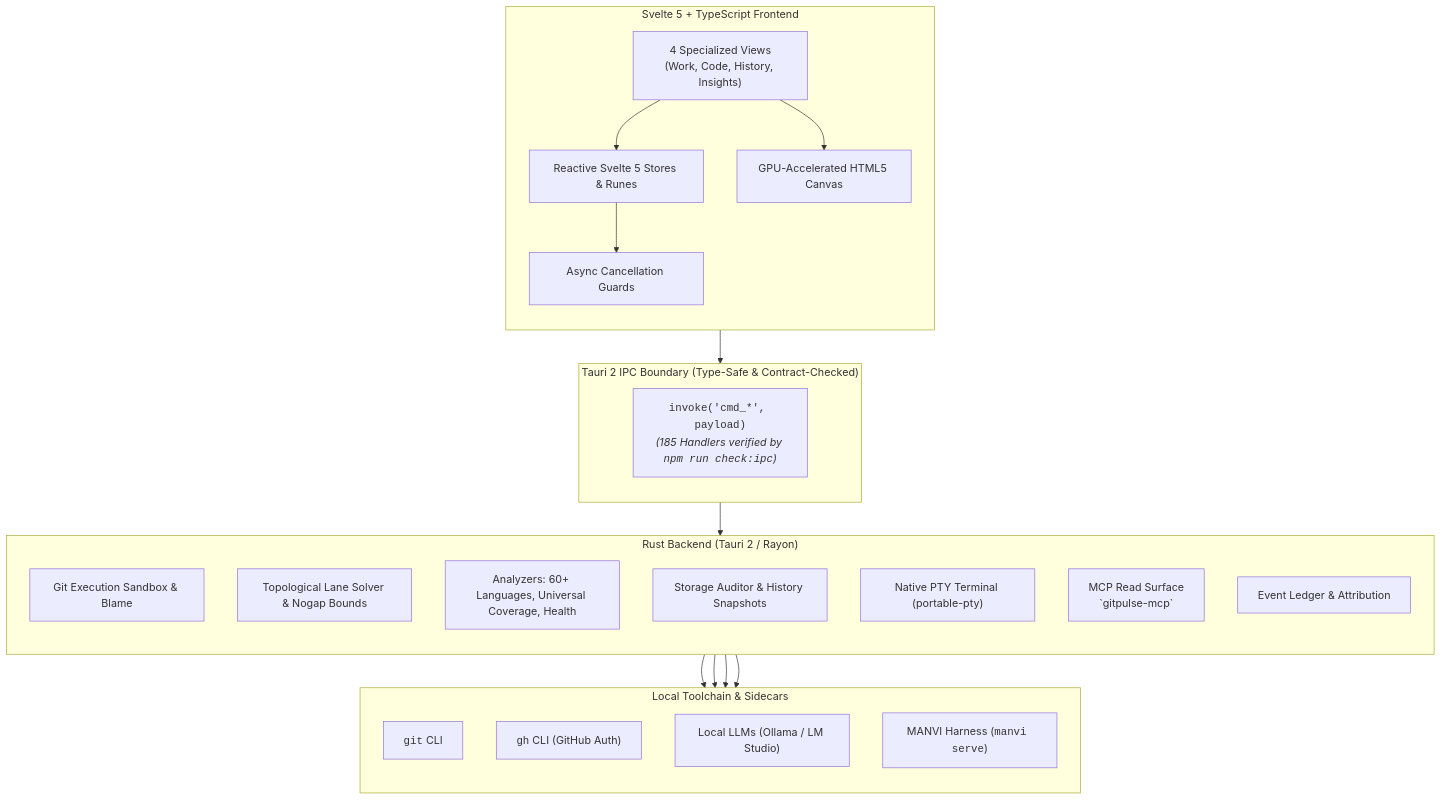
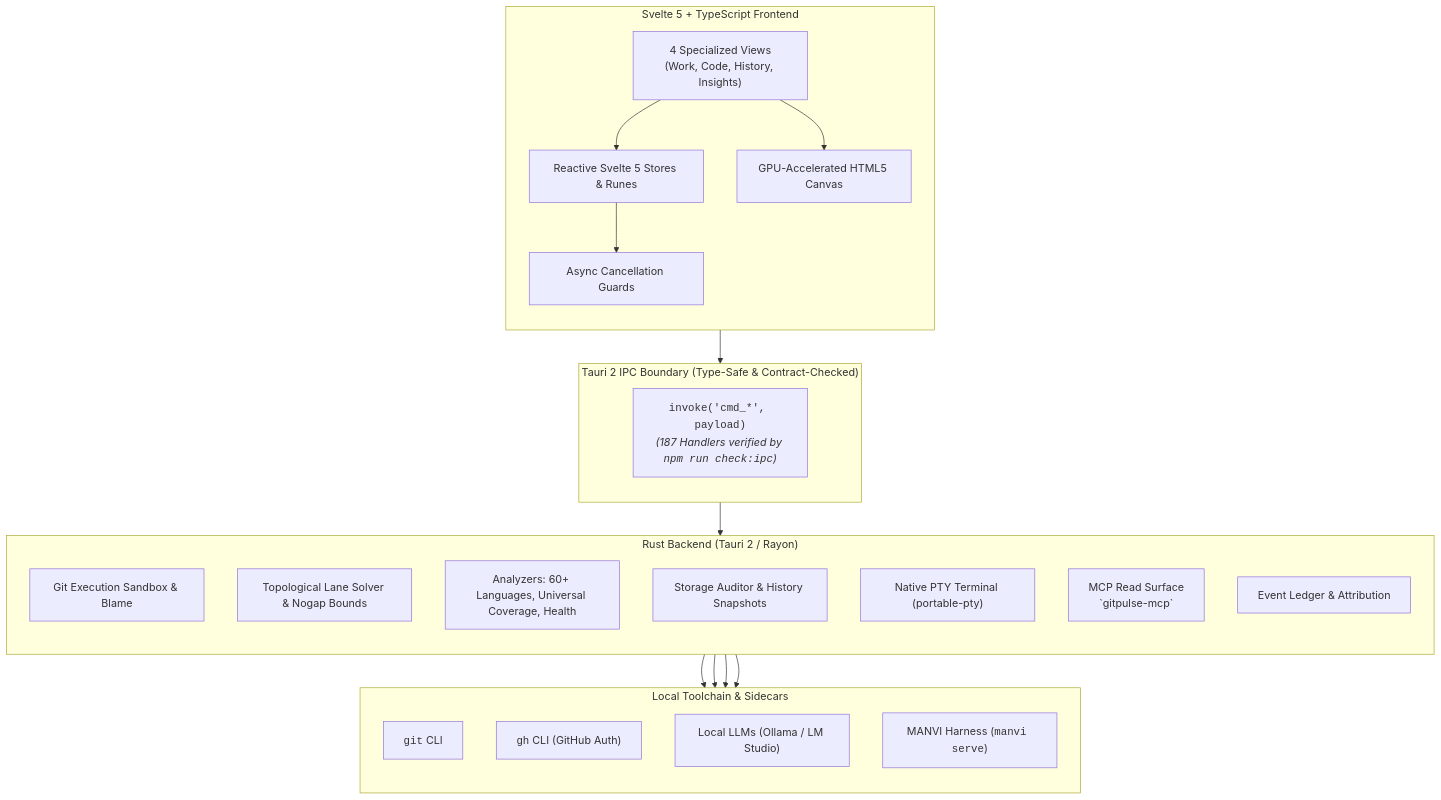
Before and after one commit to bharathvbcr/GitPulse: the first of 4 diagrams in README.md, drawn with Mermaid. The commit also changed other lines of this file and 179 other files, not shown here.

````diff
--- a/README.md
+++ b/README.md
@@ -43,45 +43,45 @@
 ```mermaid
 flowchart TB
     subgraph Frontend["Svelte 5 + TypeScript Frontend"]
         direction TB
         Views["4 Specialized Views<br/>(Work, Code, History, Insights)"]
         Stores["Reactive Svelte 5 Stores & Runes"]
         CanvasEngine["GPU-Accelerated HTML5 Canvas"]
         AsyncGuards["Async Cancellation Guards"]
         
         Views --> Stores
         Views --> CanvasEngine
         Stores --> AsyncGuards
     end
 
     subgraph IPC["Tauri 2 IPC Boundary (Type-Safe & Contract-Checked)"]
         direction TB
-        IPCBridge["<code>invoke('cmd_*', payload)</code><br/><i>(185 Handlers verified by <code>npm run check:ipc</code>)</i>"]
+        IPCBridge["<code>invoke('cmd_*', payload)</code><br/><i>(187 Handlers verified by <code>npm run check:ipc</code>)</i>"]
     end
 
     subgraph Backend["Rust Backend (Tauri 2 / Rayon)"]
         direction TB
         GitSandbox["Git Execution Sandbox & Blame"]
         GraphSolver["Topological Lane Solver & Nogap Bounds"]
         Analyzers["Analyzers: 60+ Languages, Universal Coverage, Health"]
         StorageEngine["Storage Auditor & History Snapshots"]
         TerminalPTY["Native PTY Terminal (portable-pty)"]
         MCPServer["MCP Read Surface<br/>`gitpulse-mcp`"]
         Ledger["Event Ledger & Attribution"]
     end
 
     subgraph LocalTools["Local Toolchain & Sidecars"]
         direction TB
         GitCLI["<code>git</code> CLI"]
         GhCLI["<code>gh</code> CLI (GitHub Auth)"]
         LocalAI["Local LLMs (Ollama / LM Studio)"]
         ManviSidecar["MANVI Harness (<code>manvi serve</code>)"]
     end
 
     AsyncGuards --> IPCBridge
     IPCBridge --> Backend
     GitSandbox --> GitCLI
     Analyzers --> GhCLI
     Analyzers --> LocalAI
     Backend --> ManviSidecar
 ```
````
